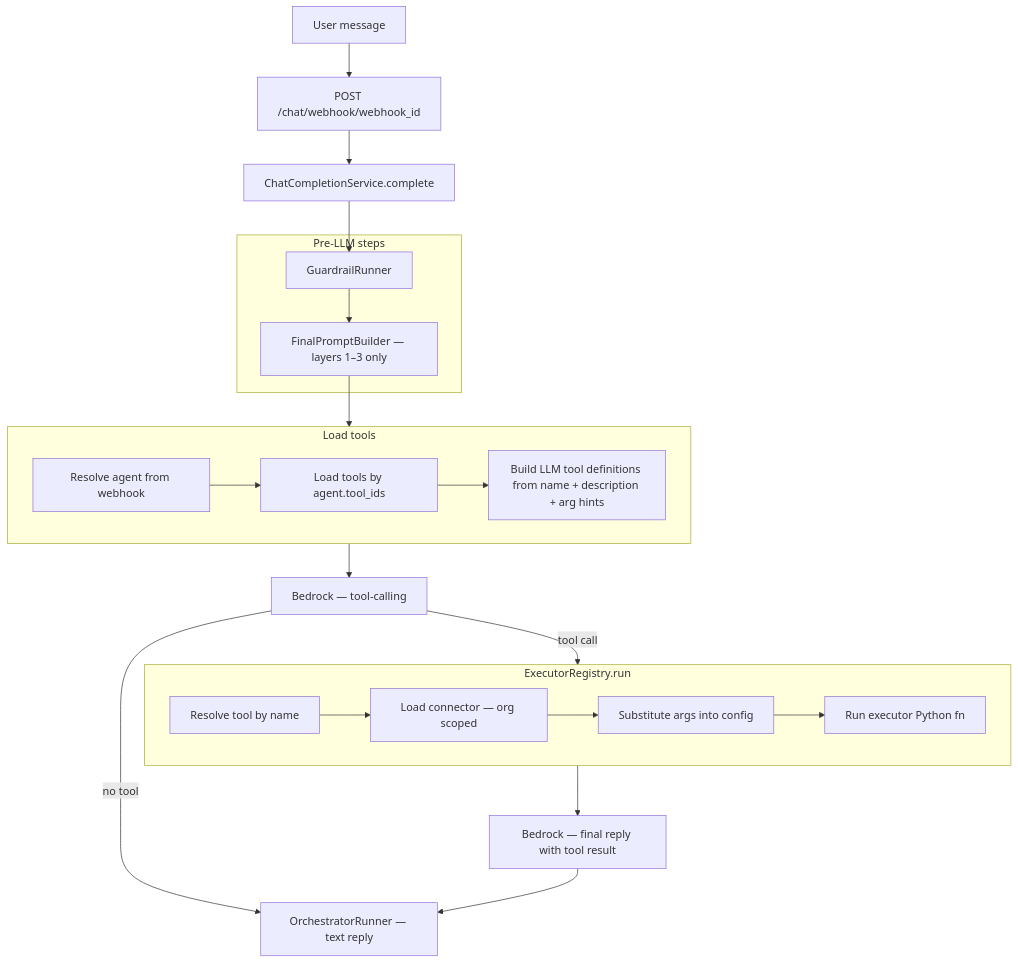
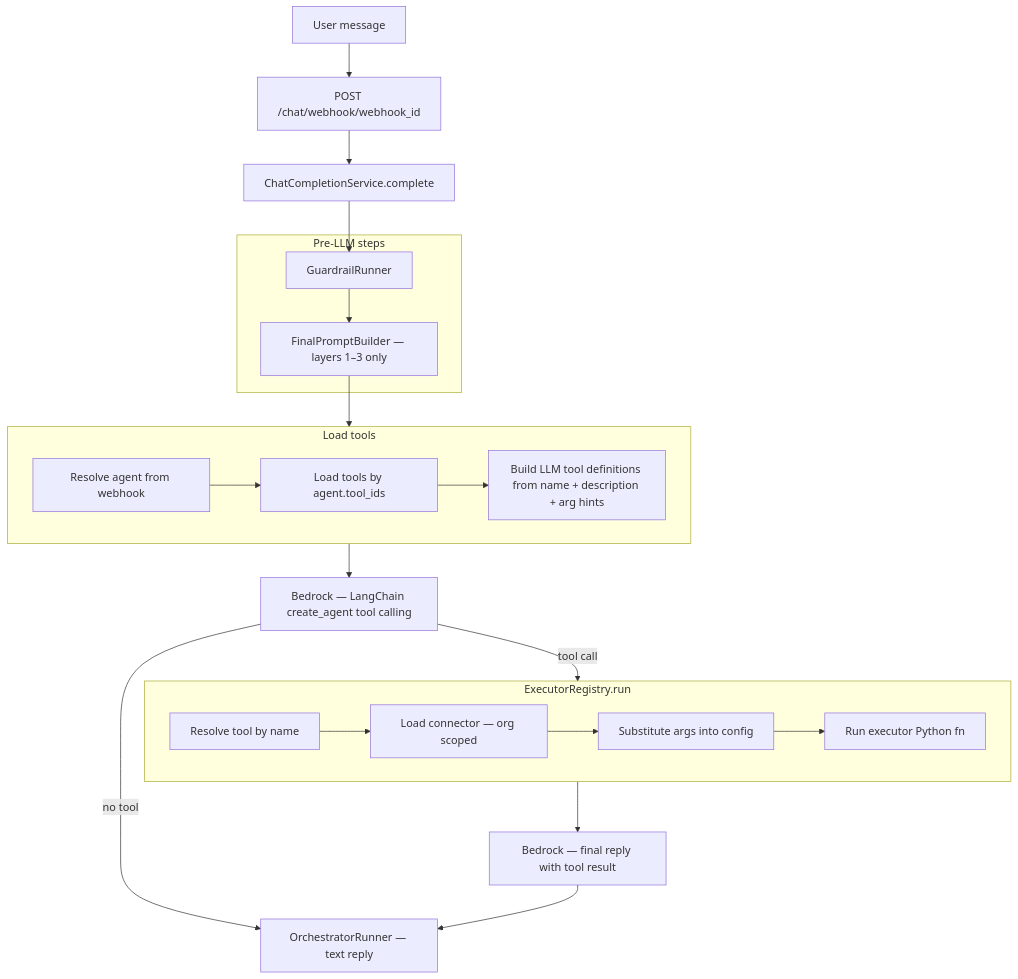
One commit to shehan-jayasinghe/bot-builder changed the first of 4 diagrams in backend/document/tools/03-execute-tool-at-chat-diagrams.md. Above: the diagram before and after it, drawn with Mermaid. The commit also changed other lines of this file and 59 other files, not shown here.

First line of the commit message:
refactor: migrate custom workflow and agent logic to LangChain and LangGraph

````diff
--- a/backend/document/tools/03-execute-tool-at-chat-diagrams.md
+++ b/backend/document/tools/03-execute-tool-at-chat-diagrams.md
@@ -15,38 +17,38 @@
 ```mermaid
 flowchart TB
     USER[User message]
     CHAT[POST /chat/webhook/webhook_id]
     PIPE[ChatCompletionService.complete]
 
     USER --> CHAT --> PIPE
 
     subgraph PRE["Pre-LLM steps"]
         G[GuardrailRunner]
         P[FinalPromptBuilder — layers 1–3 only]
     end
 
     PIPE --> G --> P --> LOAD
 
     subgraph LOAD["Load tools"]
         L1[Resolve agent from webhook]
         L2[Load tools by agent.tool_ids]
         L3[Build LLM tool definitions from name + description + arg hints]
         L1 --> L2 --> L3
     end
 
-    LOAD --> LLM[Bedrock — tool-calling]
+    LOAD --> LLM[Bedrock — LangChain create_agent tool calling]
 
     LLM -->|no tool| REPLY[OrchestratorRunner — text reply]
     LLM -->|tool call| EXEC
 
     subgraph EXEC["ExecutorRegistry.run"]
         E1[Resolve tool by name]
         E2[Load connector — org scoped]
         E3[Substitute args into config]
         E4[Run executor Python fn]
         E1 --> E2 --> E3 --> E4
     end
 
     EXEC --> LLM2[Bedrock — final reply with tool result]
     LLM2 --> REPLY
 ```
````
